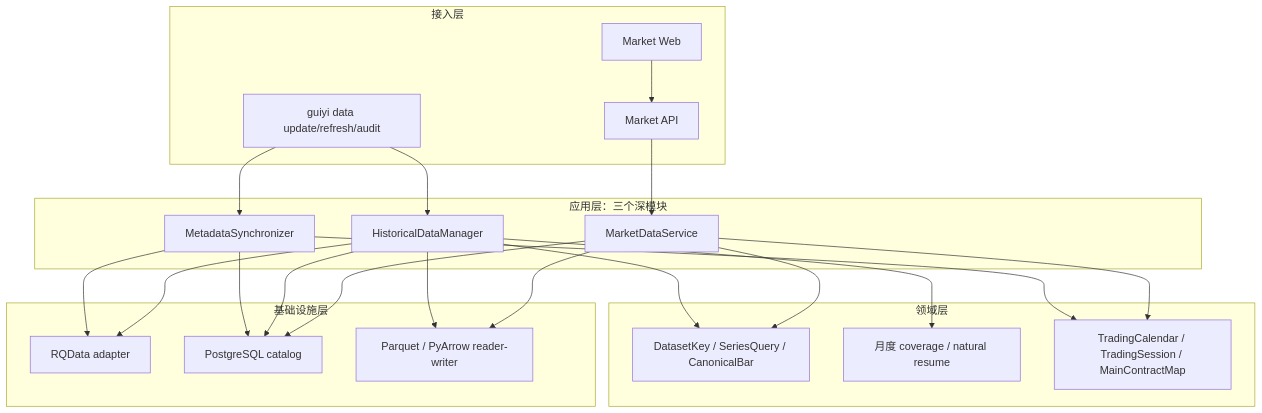
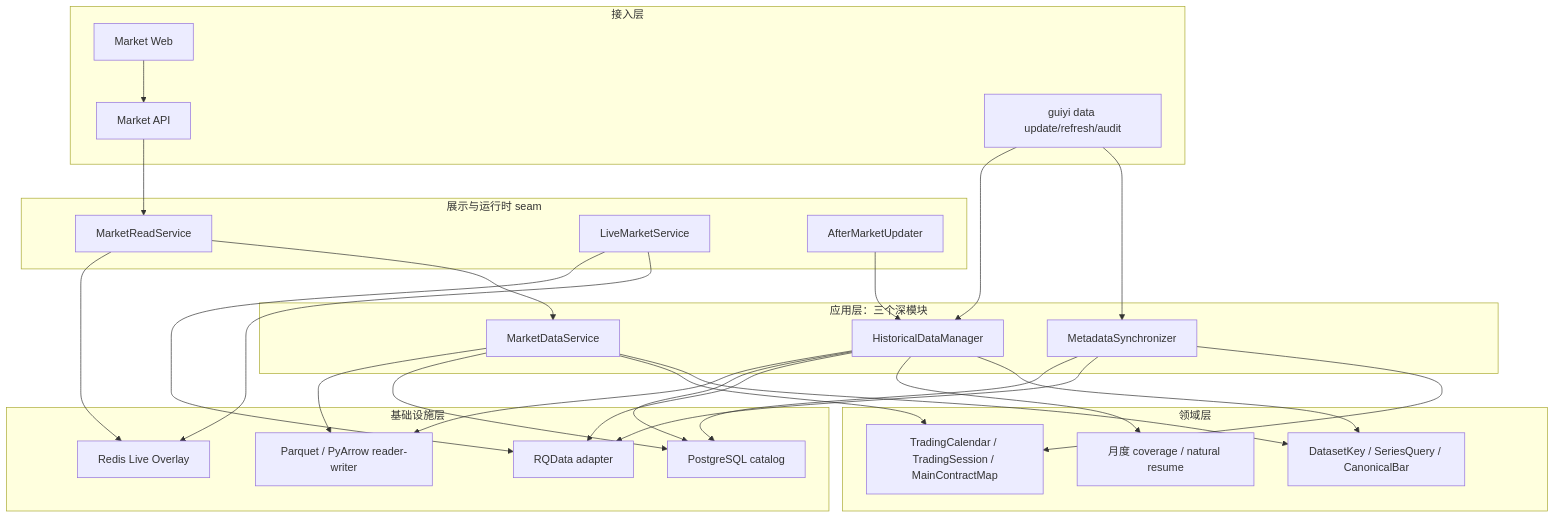
The first of 3 diagrams in docs/ARCHITECTURE.md (firehell/guiyi-quant-workstation), drawn with Mermaid before and after one commit. The commit also changed other lines of this file and 77 other files, not shown here.

````diff
--- a/docs/ARCHITECTURE.md
+++ b/docs/ARCHITECTURE.md
@@ -12,38 +12,49 @@
 ```mermaid
 flowchart TB
     subgraph Access["接入层"]
       WEB["Market Web"]
       API["Market API"]
       CLI["guiyi data update/refresh/audit"]
     end
     subgraph Application["应用层：三个深模块"]
       MS["MetadataSynchronizer"]
       HM["HistoricalDataManager"]
       MQ["MarketDataService"]
     end
+    subgraph Runtime["展示与运行时 seam"]
+      MR["MarketReadService"]
+      LM["LiveMarketService"]
+      AM["AfterMarketUpdater"]
+    end
     subgraph Domain["领域层"]
       DK["DatasetKey / SeriesQuery / CanonicalBar"]
       CP["月度 coverage / natural resume"]
       MM["TradingCalendar / TradingSession / MainContractMap"]
     end
     subgraph Infra["基础设施层"]
       RQ["RQData adapter"]
       PG["PostgreSQL catalog"]
       PQ["Parquet / PyArrow reader-writer"]
+      RD["Redis Live Overlay"]
     end
-    WEB --> API --> MQ
+    WEB --> API --> MR
+    MR --> MQ
+    MR --> RD
     CLI --> MS
     CLI --> HM
+    LM --> RD
+    AM --> HM
     MS --> MM
     HM --> DK
     HM --> CP
     MQ --> DK
     MQ --> MM
     MS --> RQ
     MS --> PG
     HM --> RQ
     HM --> PG
     HM --> PQ
     MQ --> PG
     MQ --> PQ
+    LM --> RQ
 ```
````
